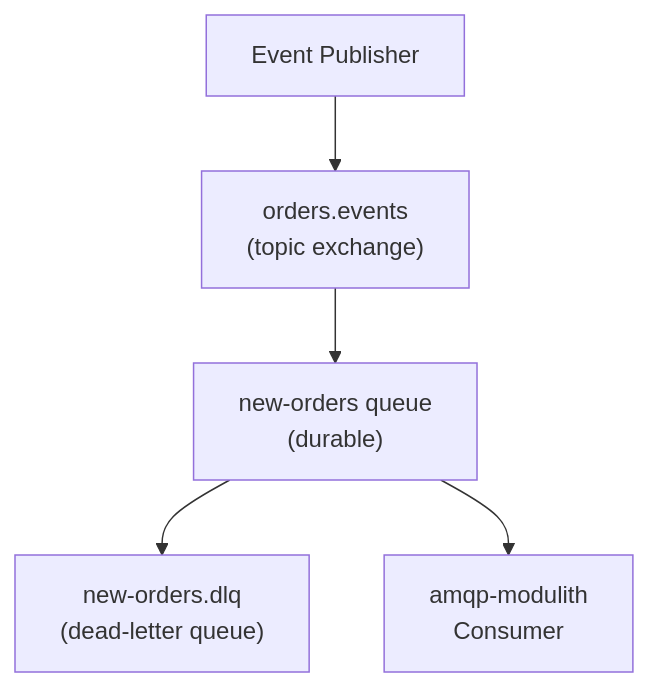
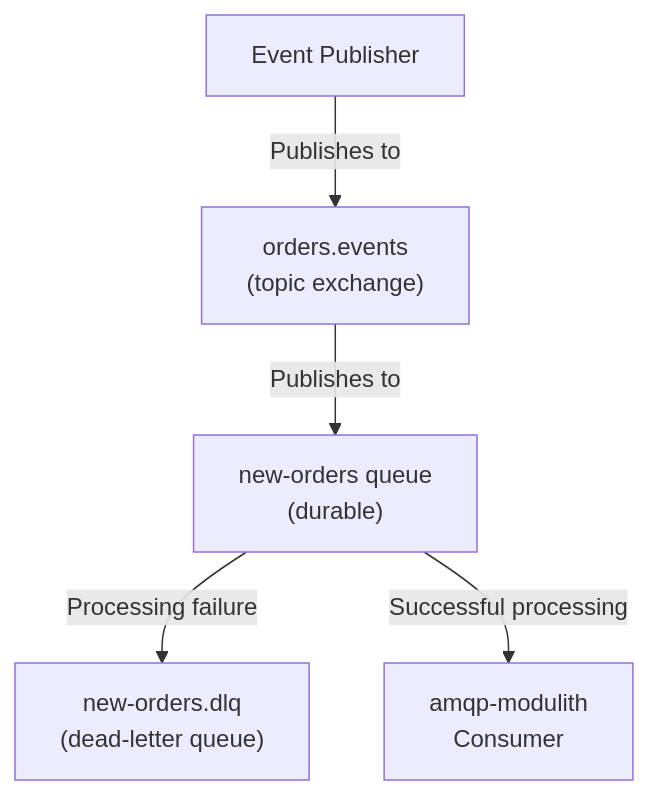
One commit to philipz/spring-modular-monolith changed the second of 4 diagrams in docs/deepwiki/Messaging-with-RabbitMQ.md. Above: the diagram before and after it, drawn with Mermaid. The commit also changed other lines of this file and 55 other files, not shown here.

````diff
--- a/docs/deepwiki/Messaging-with-RabbitMQ.md
+++ b/docs/deepwiki/Messaging-with-RabbitMQ.md
@@ -148,14 +148,14 @@
 ```mermaid
 flowchart TD
 
 Publisher["Event Publisher"]
 Exchange["orders.events<br>(topic exchange)"]
 MainQueue["new-orders queue<br>(durable)"]
 DLQ["new-orders.dlq<br>(dead-letter queue)"]
 Consumer["amqp-modulith<br>Consumer"]
 
-Publisher --> Exchange
-Exchange --> MainQueue
-MainQueue --> DLQ
-MainQueue --> Consumer
+Publisher -->|"Publishes to"| Exchange
+Exchange -->|"Publishes to"| MainQueue
+MainQueue -->|"Processing failure"| DLQ
+MainQueue -->|"Successful processing"| Consumer
 ```
````
